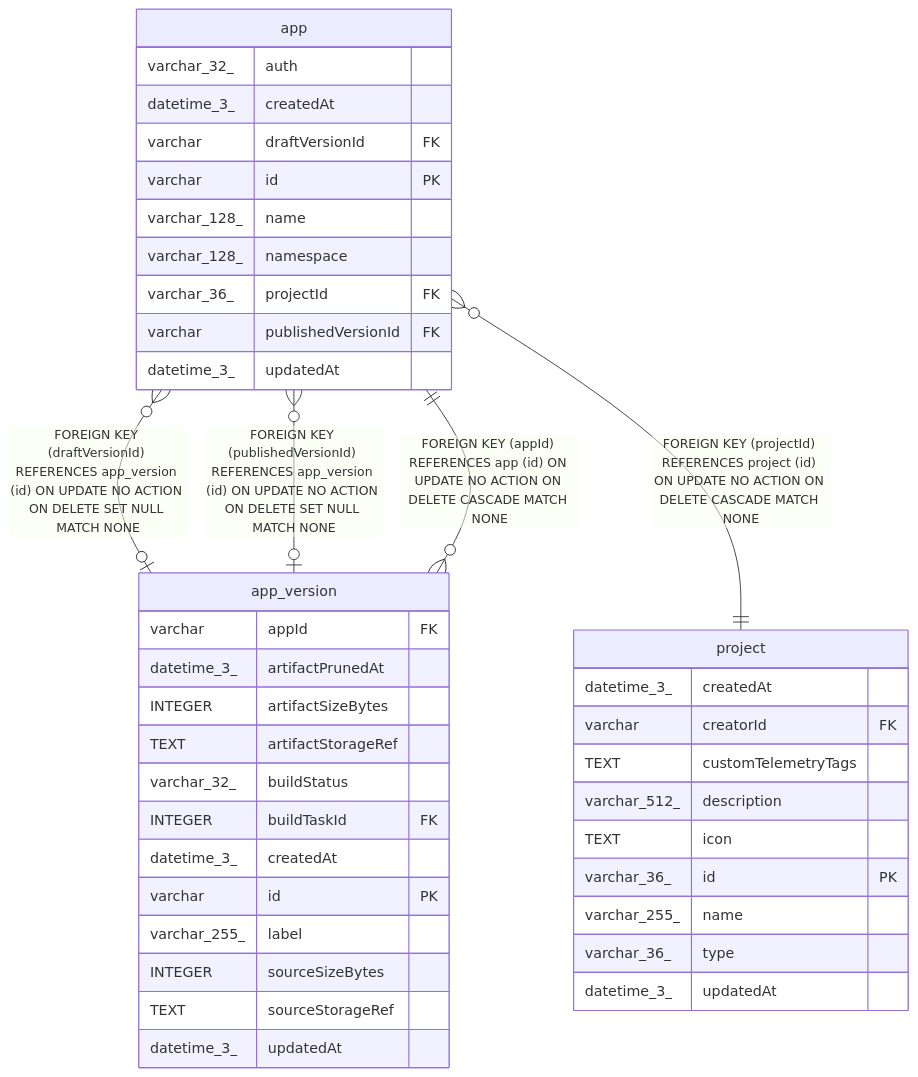
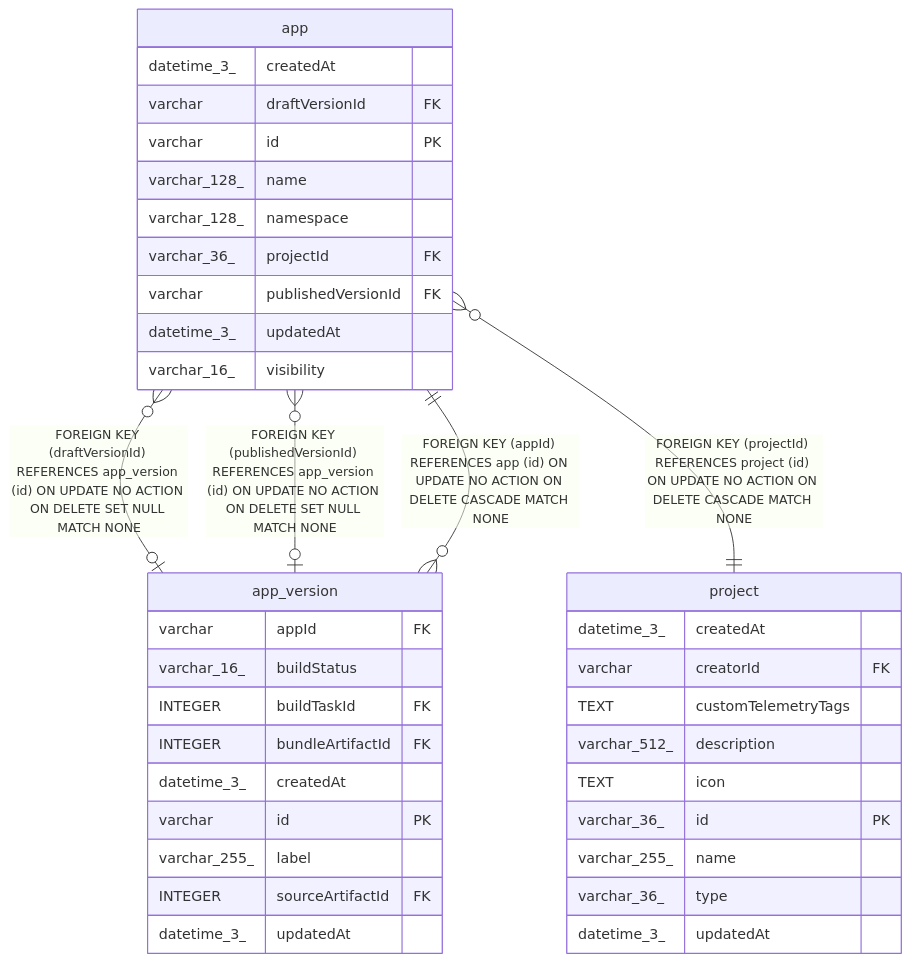
One commit to ATAC-tounde/n8n-private changed the diagram in docs/generated/sqlite-schema/app.md. Above: the diagram before and after it, drawn with Mermaid. The commit also changed other lines of this file and 24 other files, not shown here.

Commit message:
feat: Update 'auth' field to 'visibility', add app artifact entity

````diff
--- a/docs/generated/sqlite-schema/app.md
+++ b/docs/generated/sqlite-schema/app.md
@@ -51,45 +51,42 @@
 ```mermaid
 erDiagram
 
 "app" }o--o| "app_version" : "FOREIGN KEY (draftVersionId) REFERENCES app_version (id) ON UPDATE NO ACTION ON DELETE SET NULL MATCH NONE"
 "app_version" }o--|| "app" : "FOREIGN KEY (appId) REFERENCES app (id) ON UPDATE NO ACTION ON DELETE CASCADE MATCH NONE"
 "app" }o--|| "project" : "FOREIGN KEY (projectId) REFERENCES project (id) ON UPDATE NO ACTION ON DELETE CASCADE MATCH NONE"
 "app" }o--o| "app_version" : "FOREIGN KEY (publishedVersionId) REFERENCES app_version (id) ON UPDATE NO ACTION ON DELETE SET NULL MATCH NONE"
 
 "app" {
-  varchar_32_ auth
   datetime_3_ createdAt
   varchar draftVersionId FK
   varchar id PK
   varchar_128_ name
   varchar_128_ namespace
   varchar_36_ projectId FK
   varchar publishedVersionId FK
   datetime_3_ updatedAt
+  varchar_16_ visibility
 }
 "app_version" {
   varchar appId FK
-  datetime_3_ artifactPrunedAt
-  INTEGER artifactSizeBytes
-  TEXT artifactStorageRef
-  varchar_32_ buildStatus
+  varchar_16_ buildStatus
   INTEGER buildTaskId FK
+  INTEGER bundleArtifactId FK
   datetime_3_ createdAt
   varchar id PK
   varchar_255_ label
-  INTEGER sourceSizeBytes
-  TEXT sourceStorageRef
+  INTEGER sourceArtifactId FK
   datetime_3_ updatedAt
 }
 "project" {
   datetime_3_ createdAt
   varchar creatorId FK
   TEXT customTelemetryTags
   varchar_512_ description
   TEXT icon
   varchar_36_ id PK
   varchar_255_ name
   varchar_36_ type
   datetime_3_ updatedAt
 }
 ```
````
